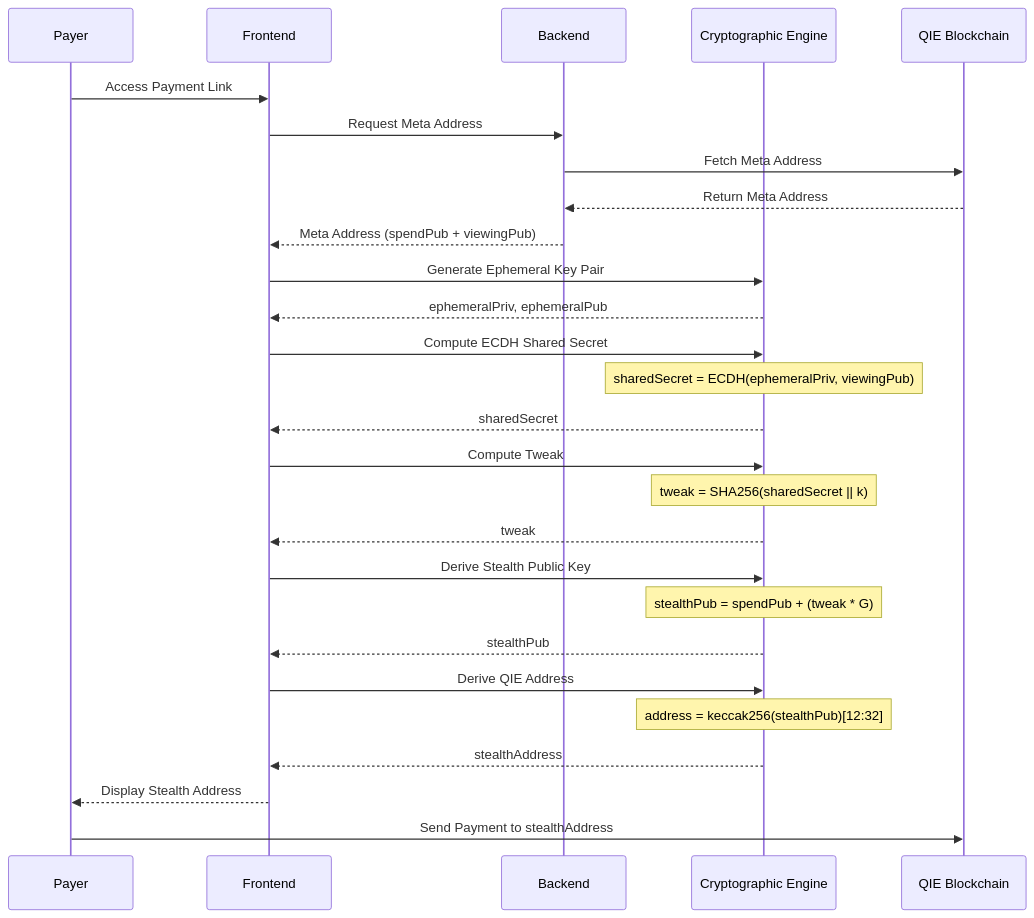
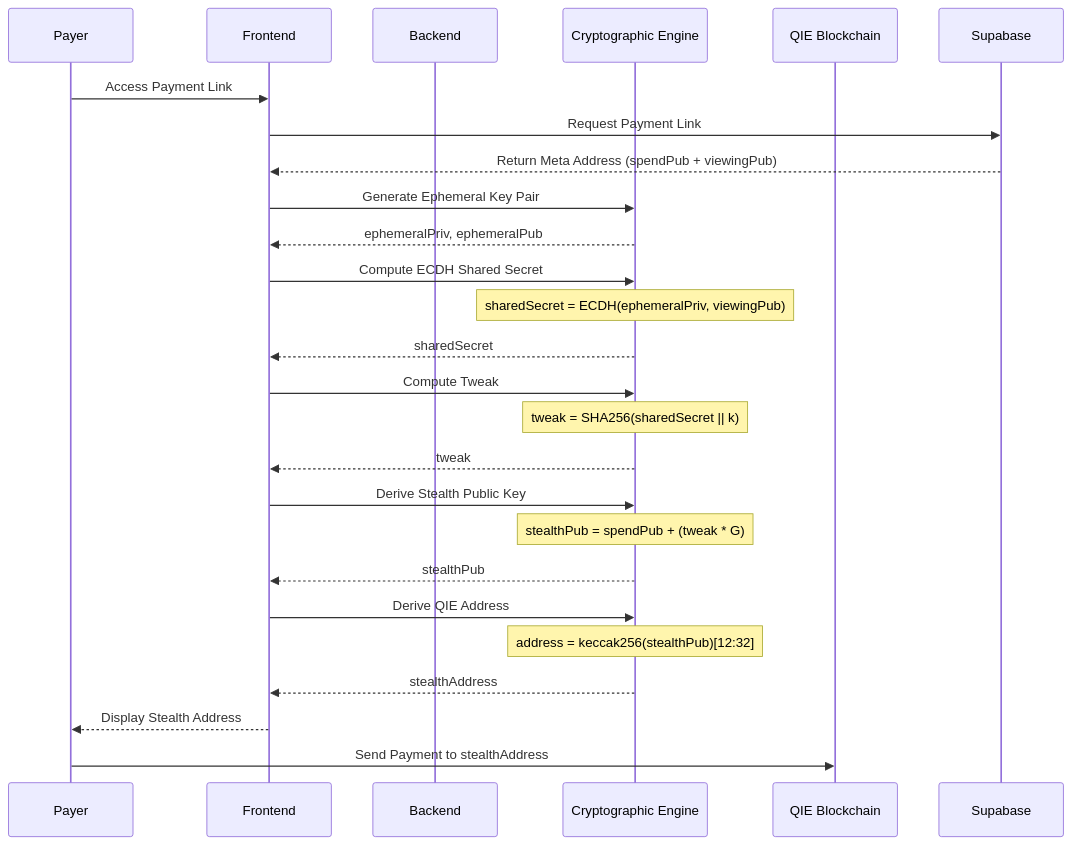
Before and after one commit to AmaanSayyad/Private-Pay-QIE: the second of 8 diagrams in README.md, drawn with Mermaid. The commit also changed other lines of this file, not shown here.

````diff
--- a/README.md
+++ b/README.md
@@ -306,36 +304,34 @@
 ```mermaid
 sequenceDiagram
     participant Payer
     participant Frontend
     participant Backend
     participant Crypto as Cryptographic Engine
     participant QIE as QIE Blockchain
     
     Payer->>Frontend: Access Payment Link
-    Frontend->>Backend: Request Meta Address
-    Backend->>QIE: Fetch Meta Address
-    QIE-->>Backend: Return Meta Address
-    Backend-->>Frontend: Meta Address (spendPub + viewingPub)
+    Frontend->>Supabase: Request Payment Link
+    Supabase-->>Frontend: Return Meta Address (spendPub + viewingPub)
     
     Frontend->>Crypto: Generate Ephemeral Key Pair
     Crypto-->>Frontend: ephemeralPriv, ephemeralPub
     
     Frontend->>Crypto: Compute ECDH Shared Secret
     Note over Crypto: sharedSecret = ECDH(ephemeralPriv, viewingPub)
     Crypto-->>Frontend: sharedSecret
     
     Frontend->>Crypto: Compute Tweak
     Note over Crypto: tweak = SHA256(sharedSecret || k)
     Crypto-->>Frontend: tweak
     
     Frontend->>Crypto: Derive Stealth Public Key
     Note over Crypto: stealthPub = spendPub + (tweak * G)
     Crypto-->>Frontend: stealthPub
     
     Frontend->>Crypto: Derive QIE Address
     Note over Crypto: address = keccak256(stealthPub)[12:32]
     Crypto-->>Frontend: stealthAddress
     
     Frontend-->>Payer: Display Stealth Address
     Payer->>QIE: Send Payment to stealthAddress
 ```
````
